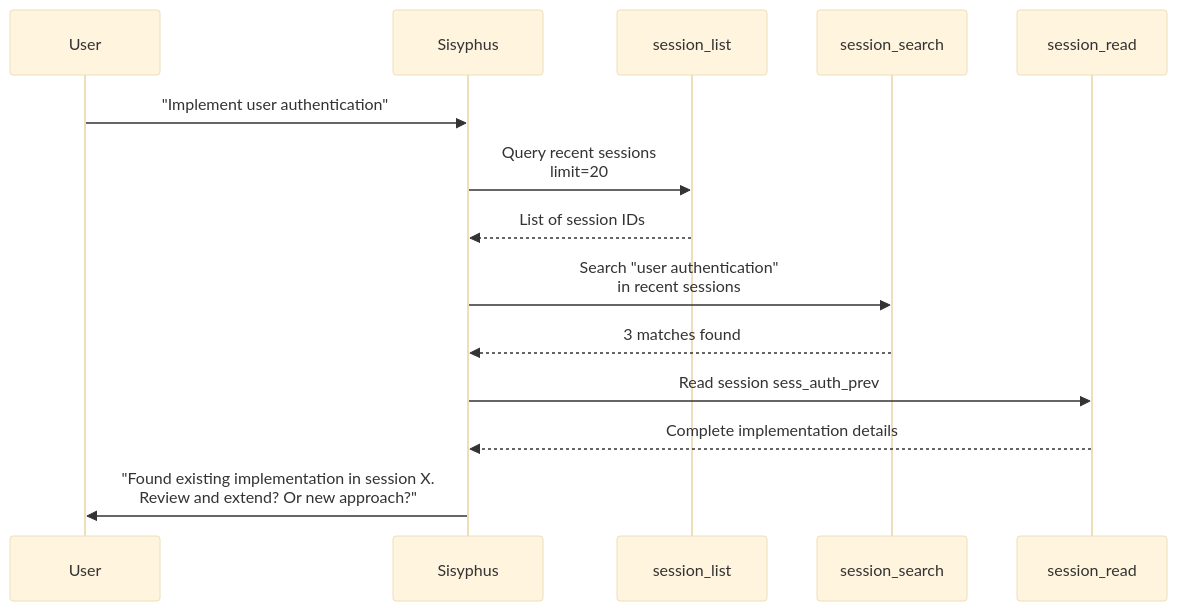
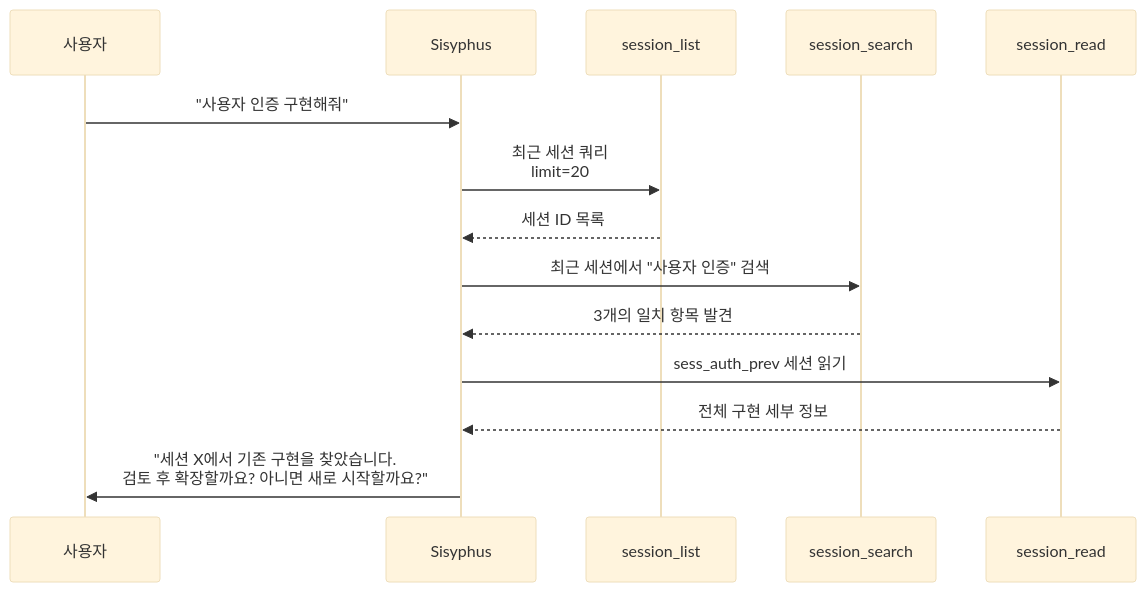
One commit to felipetruman/oh-my-opencode-docs changed the third of 8 diagrams in docs/tools/session-management-tools.md. Above: the diagram before and after it, drawn with Mermaid (base theme). The commit also changed other lines of this file and 76 other files, not shown here.

````diff
--- a/docs/tools/session-management-tools.md
+++ b/docs/tools/session-management-tools.md
@@ -439,17 +437,17 @@
 ```mermaid
 sequenceDiagram
-  participant p1 as User
+  participant p1 as 사용자
   participant p2 as Sisyphus
   participant p3 as session_list
   participant p4 as session_search
   participant p5 as session_read
 
-  p1->>p2: "Implement user authentication"
-  p2->>p3: Query recent sessions<br/>limit=20
-  p3-->>p2: List of session IDs
-  p2->>p4: Search "user authentication"<br/>in recent sessions
-  p4-->>p2: 3 matches found
-  p2->>p5: Read session sess_auth_prev
-  p5-->>p2: Complete implementation details
-  p2->>p1: "Found existing implementation in session X.<br/>Review and extend? Or new approach?"
+  p1->>p2: "사용자 인증 구현해줘"
+  p2->>p3: 최근 세션 쿼리<br/>limit=20
+  p3-->>p2: 세션 ID 목록
+  p2->>p4: 최근 세션에서 "사용자 인증" 검색
+  p4-->>p2: 3개의 일치 항목 발견
+  p2->>p5: sess_auth_prev 세션 읽기
+  p5-->>p2: 전체 구현 세부 정보
+  p2->>p1: "세션 X에서 기존 구현을 찾았습니다.<br/>검토 후 확장할까요? 아니면 새로 시작할까요?"
 ```
````
